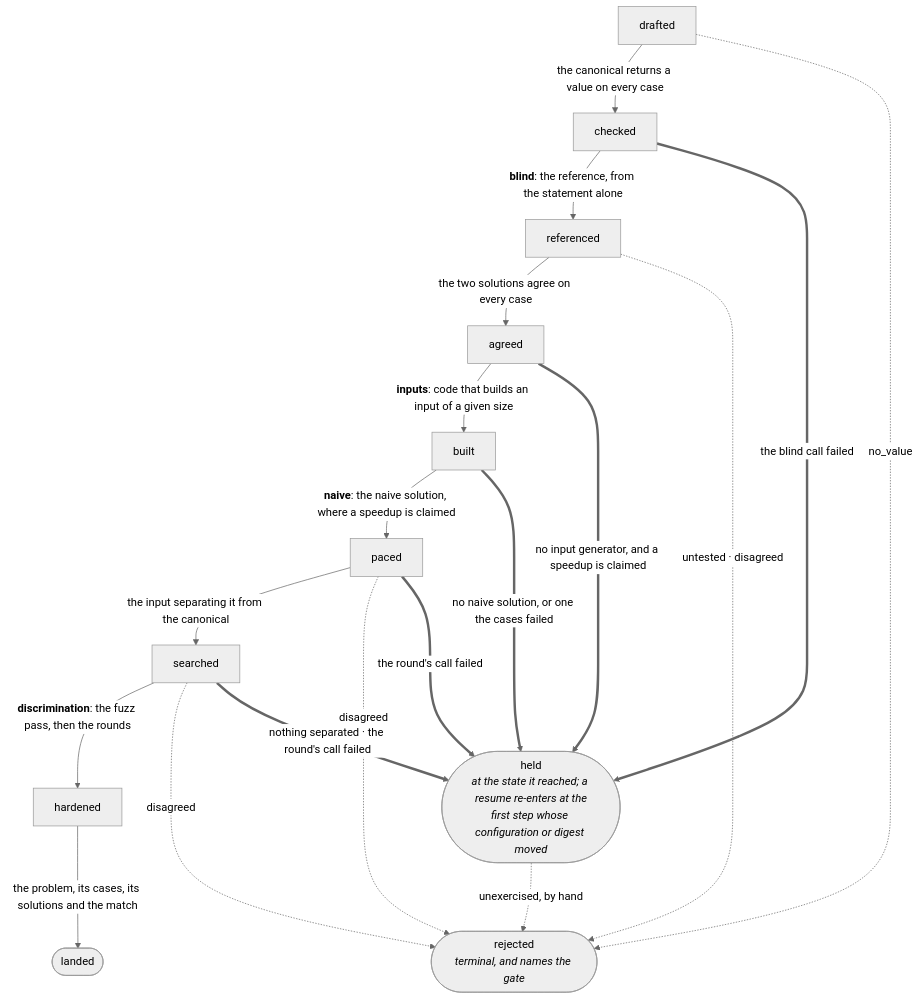
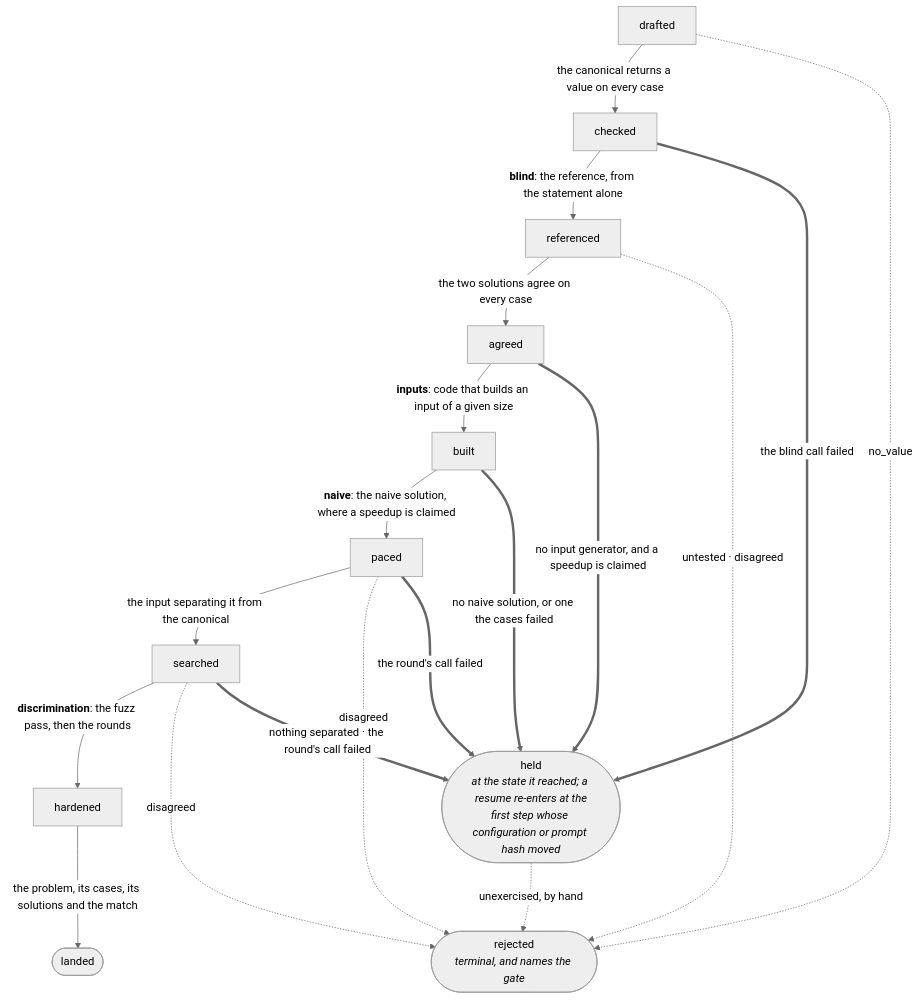
The diagram in docs/architecture/flows.md (lunochkin/algo-coach), drawn with Mermaid (neutral theme) before and after one commit. The commit also changed other lines of this file and 52 other files, not shown here.

````diff
--- a/docs/architecture/flows.md
+++ b/docs/architecture/flows.md
@@ -196,23 +196,23 @@
 ```mermaid
 flowchart TB
   D["drafted"] -->|"the canonical returns a value on every case"| C["checked"]
   C -->|"<b>blind</b>: the reference, from the statement alone"| R["referenced"]
   R -->|"the two solutions agree on every case"| A["agreed"]
   A -->|"<b>inputs</b>: code that builds an input of a given size"| B["built"]
   B -->|"<b>naive</b>: the naive solution, where a speedup is claimed"| P["paced"]
   P -->|"the input separating it from the canonical"| S["searched"]
   S -->|"<b>discrimination</b>: the fuzz pass, then the rounds"| H["hardened"]
   H -->|"the problem, its cases, its solutions and the match"| L(["landed"])
 
   D -.->|"no_value"| X(["rejected<br/><i>terminal, and names the gate</i>"])
   R -.->|"untested · disagreed"| X
   P -.->|"disagreed"| X
   S -.->|"disagreed"| X
 
-  C ==>|"the blind call failed"| Z(["held<br/><i>at the state it reached; a resume re-enters at the<br/>first step whose configuration or digest moved</i>"])
+  C ==>|"the blind call failed"| Z(["held<br/><i>at the state it reached; a resume re-enters at the<br/>first step whose configuration or prompt hash moved</i>"])
   A ==>|"no input generator, and a speedup is claimed"| Z
   B ==>|"no naive solution, or one the cases failed"| Z
   P ==>|"the round's call failed"| Z
   S ==>|"nothing separated · the round's call failed"| Z
   Z -.->|"unexercised, by hand"| X
 ```
````
